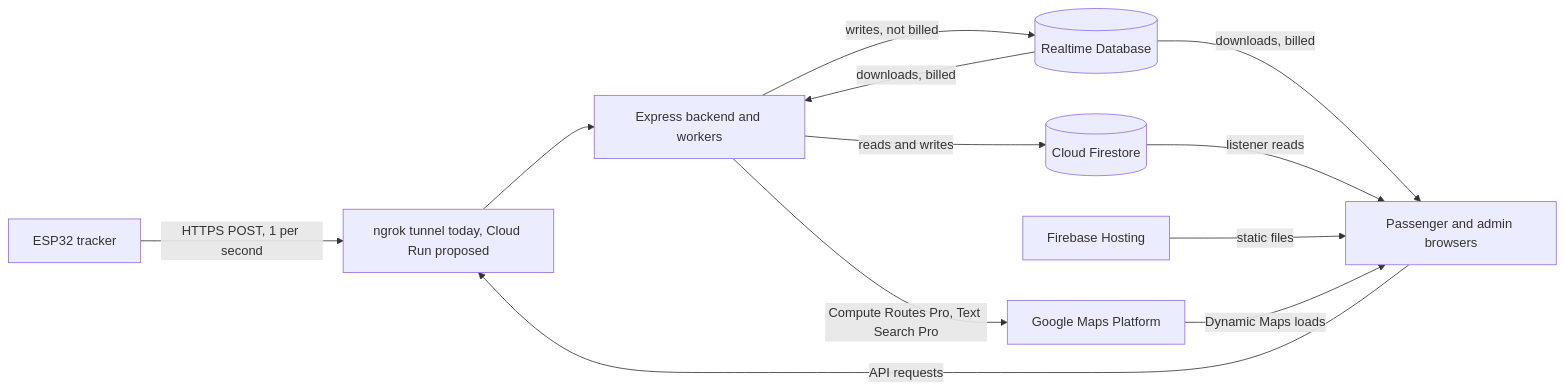
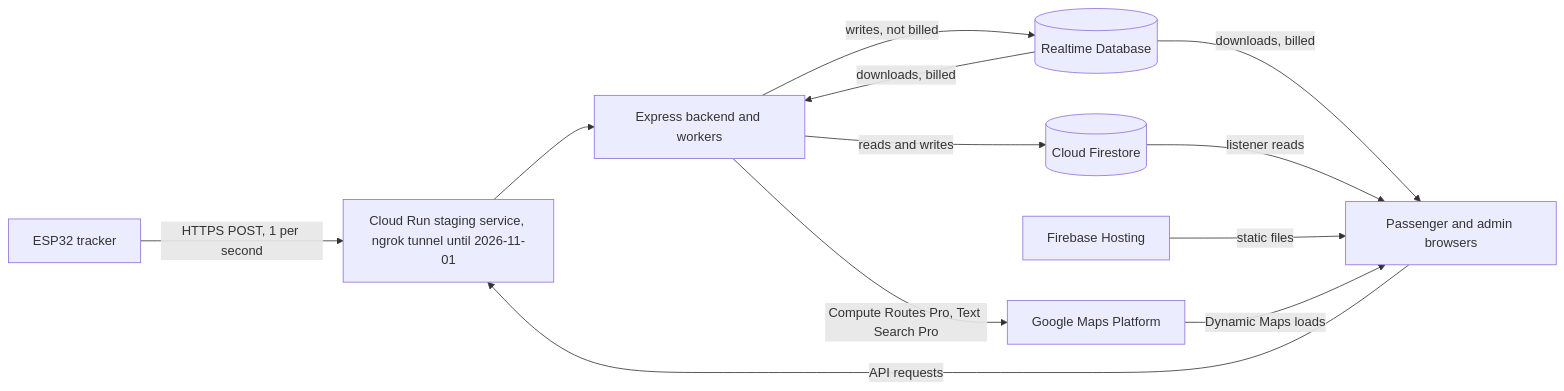
Before and after one commit to notnamansinha/Eki: the diagram in docs/cost/COST_MODEL.md, drawn with Mermaid. The commit also changed other lines of this file and 27 other files, not shown here.

````diff
--- a/docs/cost/COST_MODEL.md
+++ b/docs/cost/COST_MODEL.md
@@ -111,14 +112,14 @@
 ```mermaid
 flowchart LR
-  ESP[ESP32 tracker] -->|"HTTPS POST, 1 per second"| EDGE[ngrok tunnel today, Cloud Run proposed]
+  ESP[ESP32 tracker] -->|"HTTPS POST, 1 per second"| EDGE[Cloud Run staging service, ngrok tunnel until 2026-11-01]
   EDGE --> API[Express backend and workers]
   API -->|"writes, not billed"| RTDB[(Realtime Database)]
   RTDB -->|"downloads, billed"| API
   API -->|"reads and writes"| FS[(Cloud Firestore)]
   API -->|"Compute Routes Pro, Text Search Pro"| GMP[Google Maps Platform]
   RTDB -->|"downloads, billed"| WEB[Passenger and admin browsers]
   FS -->|"listener reads"| WEB
   HOST[Firebase Hosting] -->|"static files"| WEB
   GMP -->|"Dynamic Maps loads"| WEB
   WEB -->|"API requests"| EDGE
 ```
````
